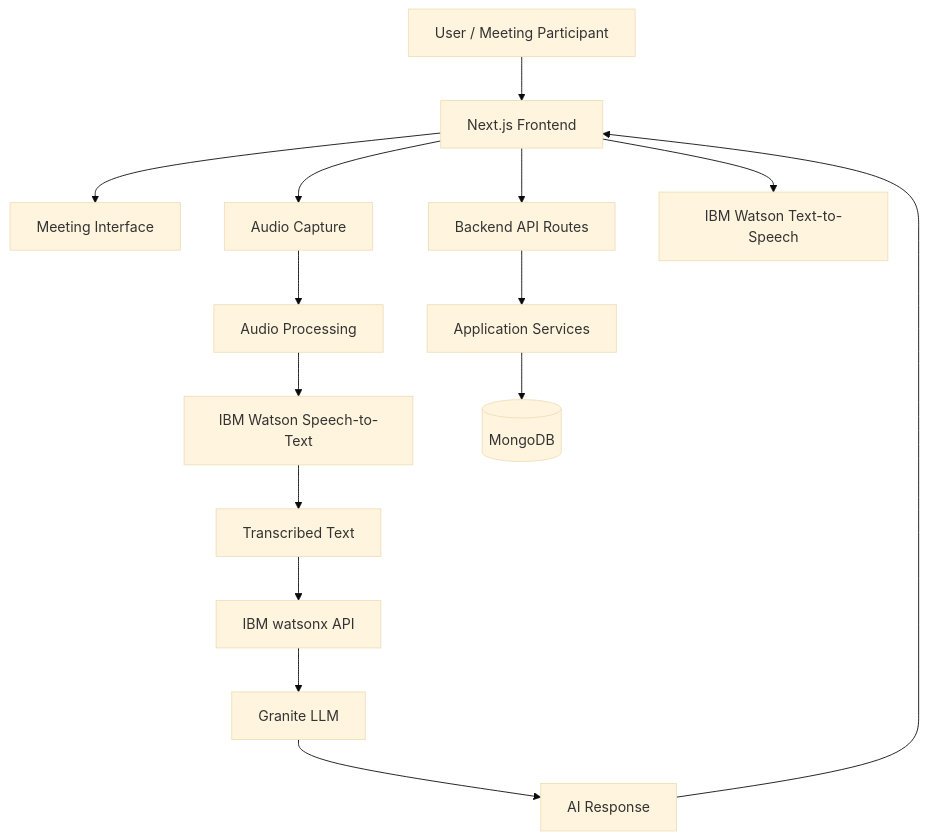
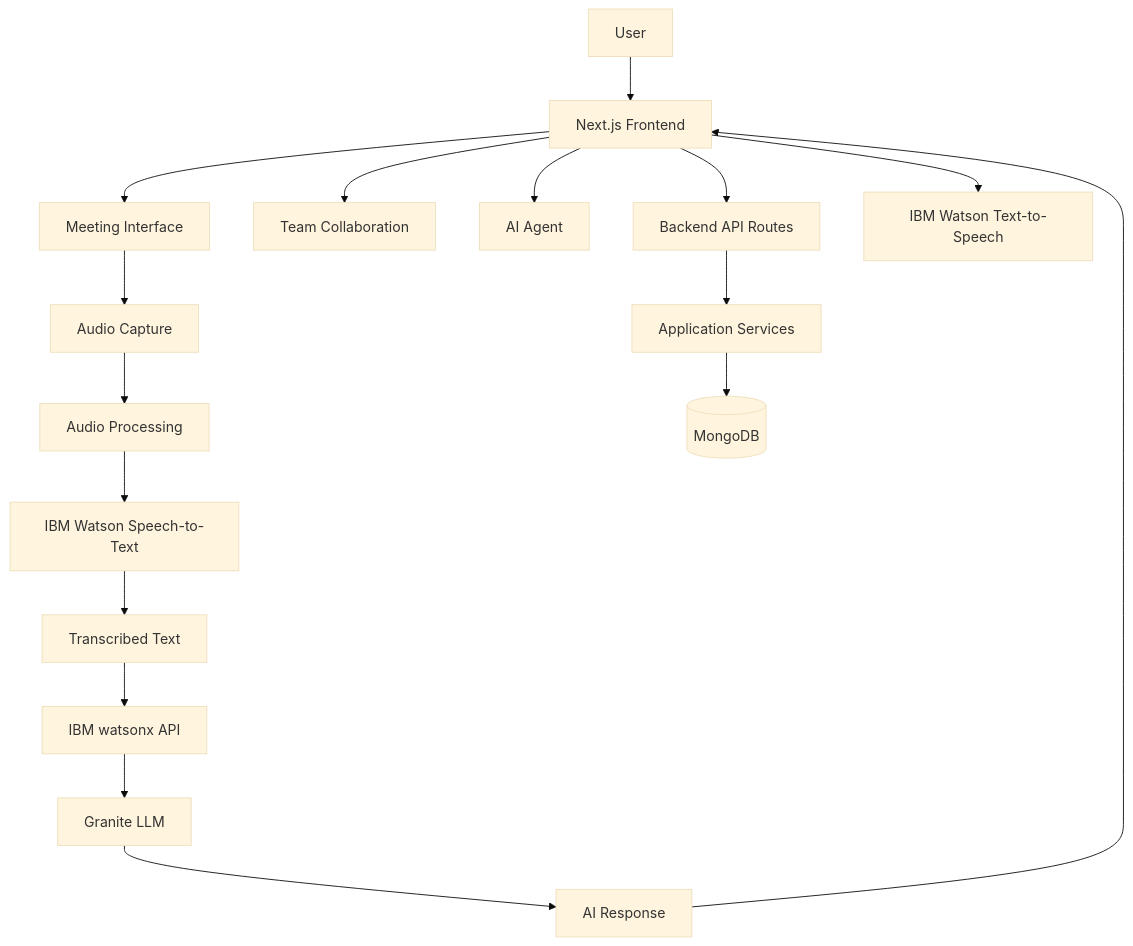
The diagram in README.md (dhrupad1304/novexa-ai-meeting-platform), drawn with Mermaid (base theme) before and after one commit. The commit also changed other lines of this file, not shown here.

````diff
--- a/README.md
+++ b/README.md
@@ -59,17 +102,24 @@
 ```mermaid
 flowchart TD
-    A[User / Meeting Participant] --> B[Next.js Frontend]
+    A[User] --> B[Next.js Frontend]
+
     B --> C[Meeting Interface]
-    B --> D[Audio Capture]
-    D --> E[Audio Processing]
-    E --> F[IBM Watson Speech-to-Text]
-    F --> G[Transcribed Text]
-    G --> H[IBM watsonx API]
-    H --> I[Granite LLM]
-    I --> J[AI Response]
-    J --> B
-    B --> K[Backend API Routes]
-    K --> L[Application Services]
-    L --> M[(MongoDB)]
-    B --> N[IBM Watson Text-to-Speech]
+    B --> D[Team Collaboration]
+    B --> E[AI Agent]
+
+    C --> F[Audio Capture]
+    F --> G[Audio Processing]
+    G --> H[IBM Watson Speech-to-Text]
+
+    H --> I[Transcribed Text]
+    I --> J[IBM watsonx API]
+    J --> K[Granite LLM]
+    K --> L[AI Response]
+
+    L --> B
+    B --> M[Backend API Routes]
+    M --> N[Application Services]
+    N --> O[(MongoDB)]
+
+    B --> P[IBM Watson Text-to-Speech]
 ```
````
